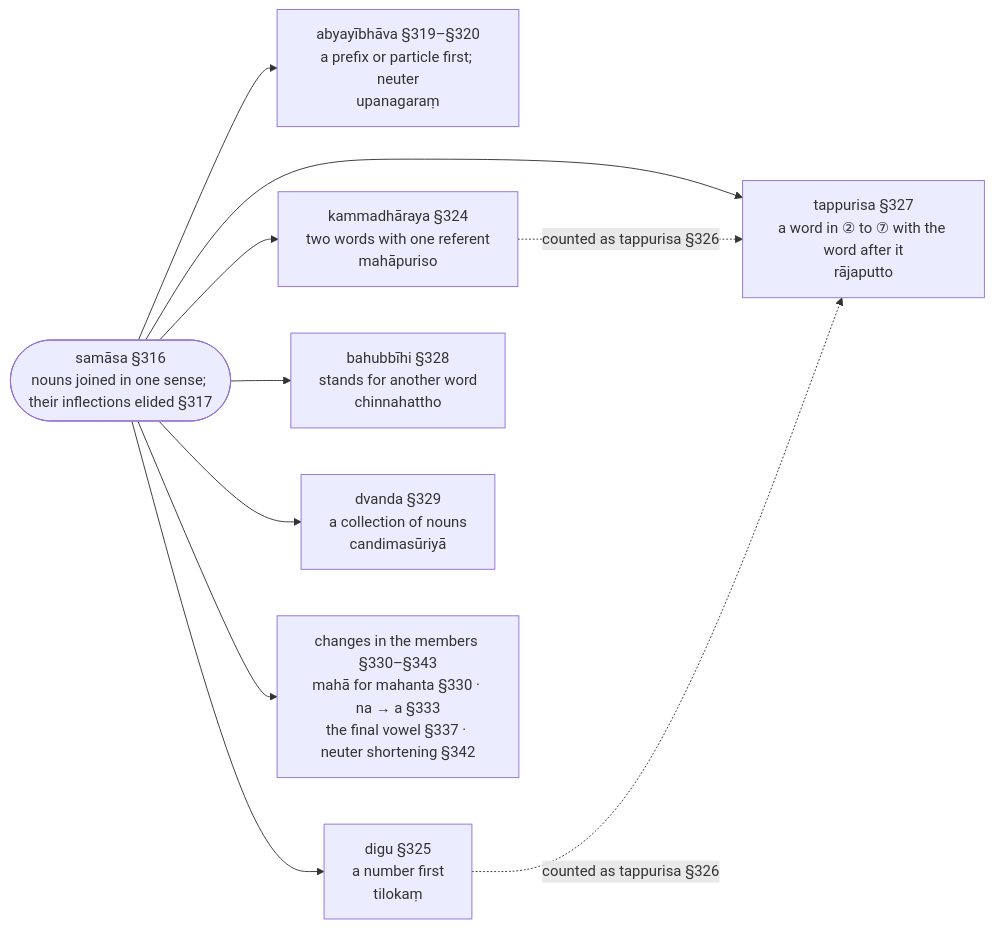
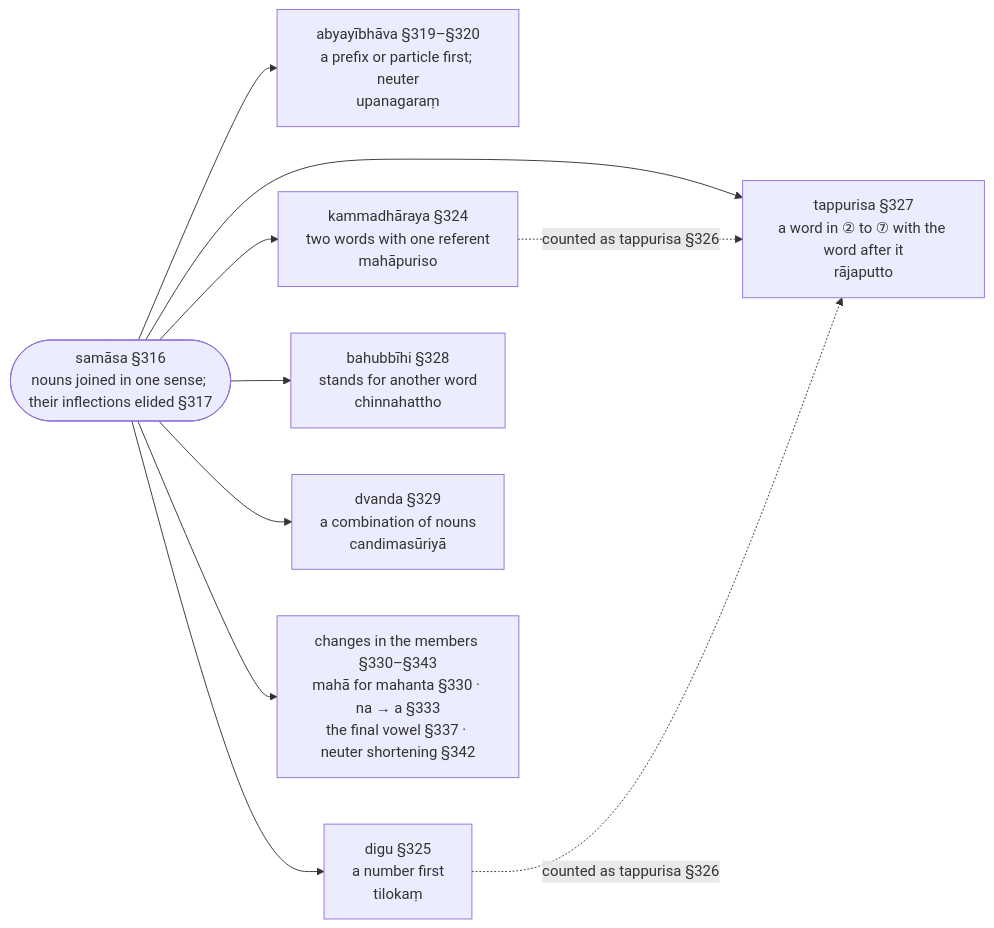
Before and after one commit to kaccayana/kaccayana.github.io: the diagram in src/content/docs/kaccayana/4-samasakappa.mdx, drawn with Mermaid. The commit also changed other lines of this file and 23 other files, not shown here.

````diff
--- a/src/content/docs/kaccayana/4-samasakappa.mdx
+++ b/src/content/docs/kaccayana/4-samasakappa.mdx
@@ -20,12 +20,12 @@
 ```mermaid
 flowchart LR
   S(["samāsa §316<br/>nouns joined in one sense; their inflections elided §317"]) --> A["abyayībhāva §319–§320<br/>a prefix or particle first; neuter<br/>upanagaraṃ"]
   S --> K["kammadhāraya §324<br/>two words with one referent<br/>mahāpuriso"]
   S --> D["digu §325<br/>a number first<br/>tilokaṃ"]
   S --> T["tappurisa §327<br/>a word in ② to ⑦ with the word after it<br/>rājaputto"]
   S --> B["bahubbīhi §328<br/>stands for another word<br/>chinnahattho"]
-  S --> V["dvanda §329<br/>a collection of nouns<br/>candimasūriyā"]
+  S --> V["dvanda §329<br/>a combination of nouns<br/>candimasūriyā"]
   K -. "counted as tappurisa §326" .-> T
   D -. "counted as tappurisa §326" .-> T
   S --> E["changes in the members §330–§343<br/>mahā for mahanta §330 · na → a §333<br/>the final vowel §337 · neuter shortening §342"]
 ```
````
